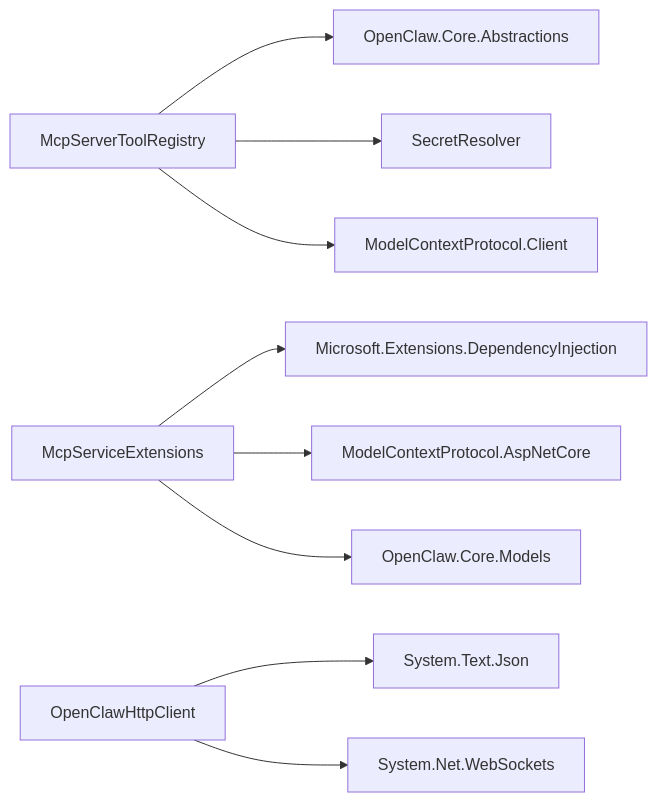
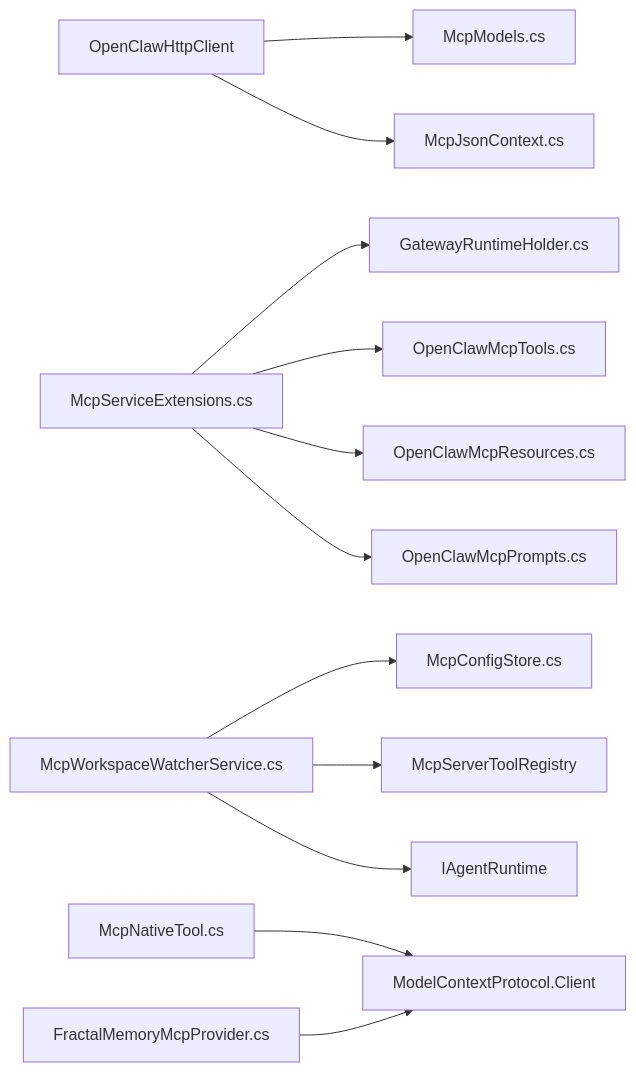
Before and after one commit to wayyet/kingcrab: the ninth of 9 diagrams in .qoder/repowiki/zh/content/API 参考/MCP 协议.md, drawn with Mermaid. The commit also changed other lines of this file and 431 other files, not shown here.

````diff
--- a/.qoder/repowiki/zh/content/API 参考/MCP 协议.md
+++ b/.qoder/repowiki/zh/content/API 参考/MCP 协议.md
@@ -370,11 +415,14 @@
 ```mermaid
 graph LR
-Agent["McpServerToolRegistry"] --> CoreAbst["OpenClaw.Core.Abstractions"]
-Agent --> Sec["SecretResolver"]
-Agent --> MCPClient["ModelContextProtocol.Client"]
-GatewaySvc["McpServiceExtensions"] --> DI["Microsoft.Extensions.DependencyInjection"]
-GatewaySvc --> MCPASP["ModelContextProtocol.AspNetCore"]
-GatewaySvc --> CoreModels["OpenClaw.Core.Models"]
-Client["OpenClawHttpClient"] --> Json["System.Text.Json"]
-Client --> NetWS["System.Net.WebSockets"]
+HttpClient["OpenClawHttpClient"] --> Models["McpModels.cs"]
+HttpClient --> Context["McpJsonContext.cs"]
+ServiceExt["McpServiceExtensions.cs"] --> RuntimeHolder["GatewayRuntimeHolder.cs"]
+ServiceExt --> ToolsImpl["OpenClawMcpTools.cs"]
+ServiceExt --> ResourcesImpl["OpenClawMcpResources.cs"]
+ServiceExt --> PromptsImpl["OpenClawMcpPrompts.cs"]
+Watcher["McpWorkspaceWatcherService.cs"] --> ConfigStore["McpConfigStore.cs"]
+Watcher --> Registry["McpServerToolRegistry"]
+Watcher --> AgentRuntime["IAgentRuntime"]
+AgentTool["McpNativeTool.cs"] --> McpClient["ModelContextProtocol.Client"]
+FractalMem["FractalMemoryMcpProvider.cs"] --> McpClient
 ```
````
